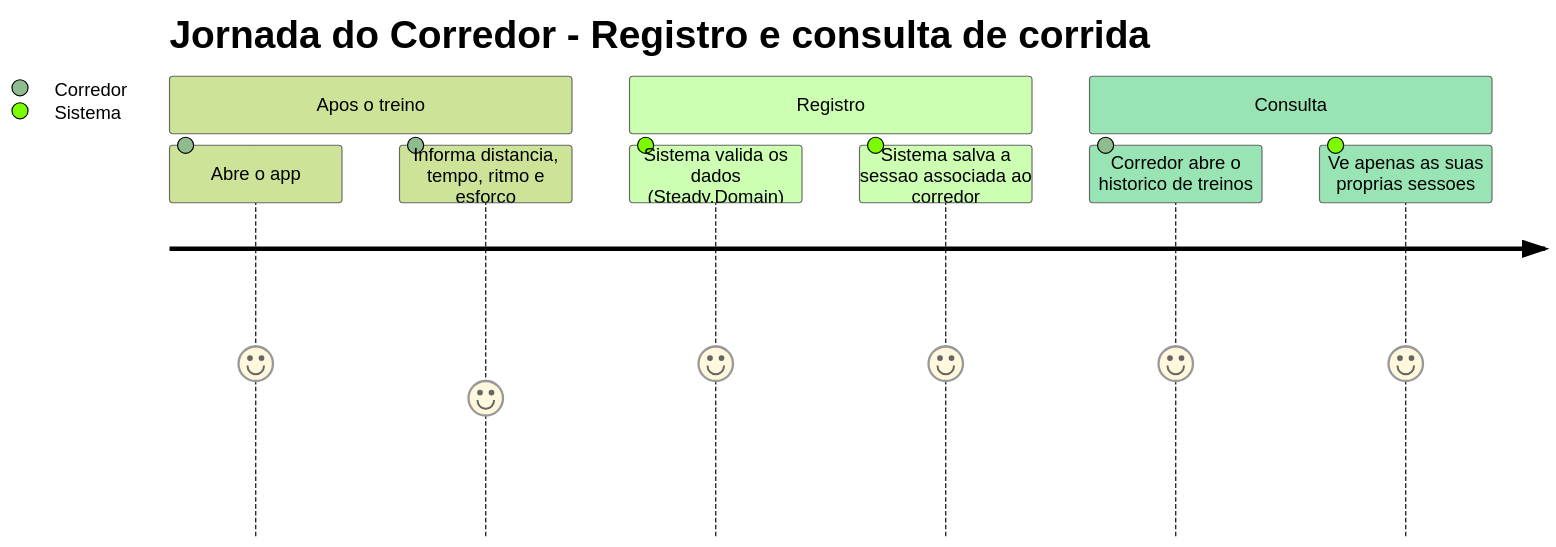
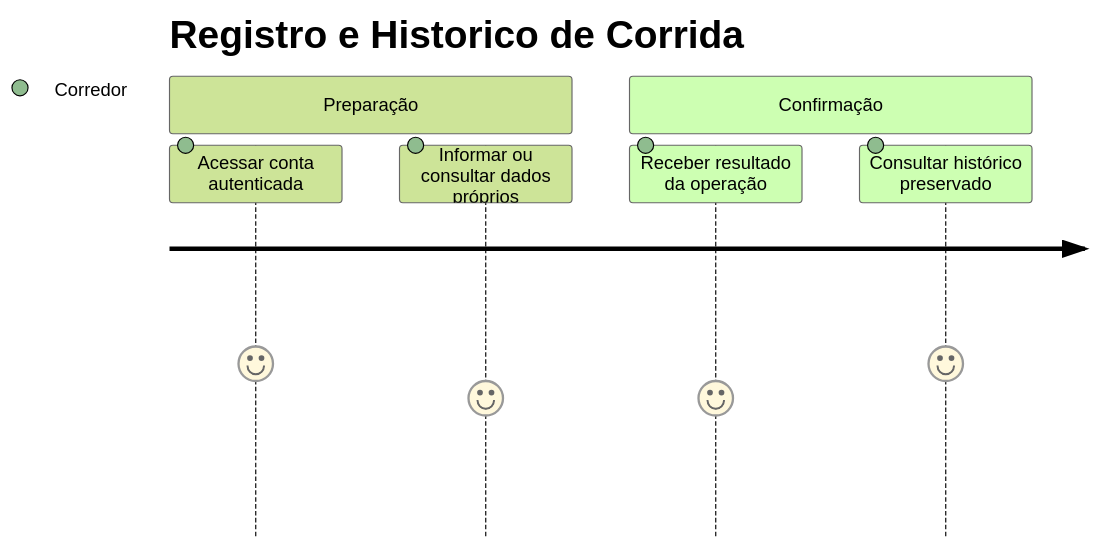
Before and after one commit to JoaoFPedro/steady-ia: the first of 2 diagrams in DocumentAIReadme/Steady.Infrastructure/BusinessRulesDocs/Registro-e-Historico-de-Corrida-Persistencia-Treino-Rules.md, drawn with Mermaid (forest theme). The commit also changed other lines of this file and 318 other files, not shown here.

````diff
--- a/DocumentAIReadme/Steady.Infrastructure/BusinessRulesDocs/Registro-e-Historico-de-Corrida-Persistencia-Treino-Rules.md
+++ b/DocumentAIReadme/Steady.Infrastructure/BusinessRulesDocs/Registro-e-Historico-de-Corrida-Persistencia-Treino-Rules.md
@@ -27,13 +19,10 @@
 ```mermaid
 journey
-    title Jornada do Corredor - Registro e consulta de corrida
-    section Apos o treino
-      Abre o app: 5: Corredor
-      Informa distancia, tempo, ritmo e esforco: 4: Corredor
-    section Registro
-      Sistema valida os dados (Steady.Domain): 5: Sistema
-      Sistema salva a sessao associada ao corredor: 5: Sistema
-    section Consulta
-      Corredor abre o historico de treinos: 5: Corredor
-      Ve apenas as suas proprias sessoes: 5: Sistema
+    title Registro e Historico de Corrida
+    section Preparação
+      Acessar conta autenticada: 5: Corredor
+      Informar ou consultar dados próprios: 4: Corredor
+    section Confirmação
+      Receber resultado da operação: 4: Corredor
+      Consultar histórico preservado: 5: Corredor
 ```
````
